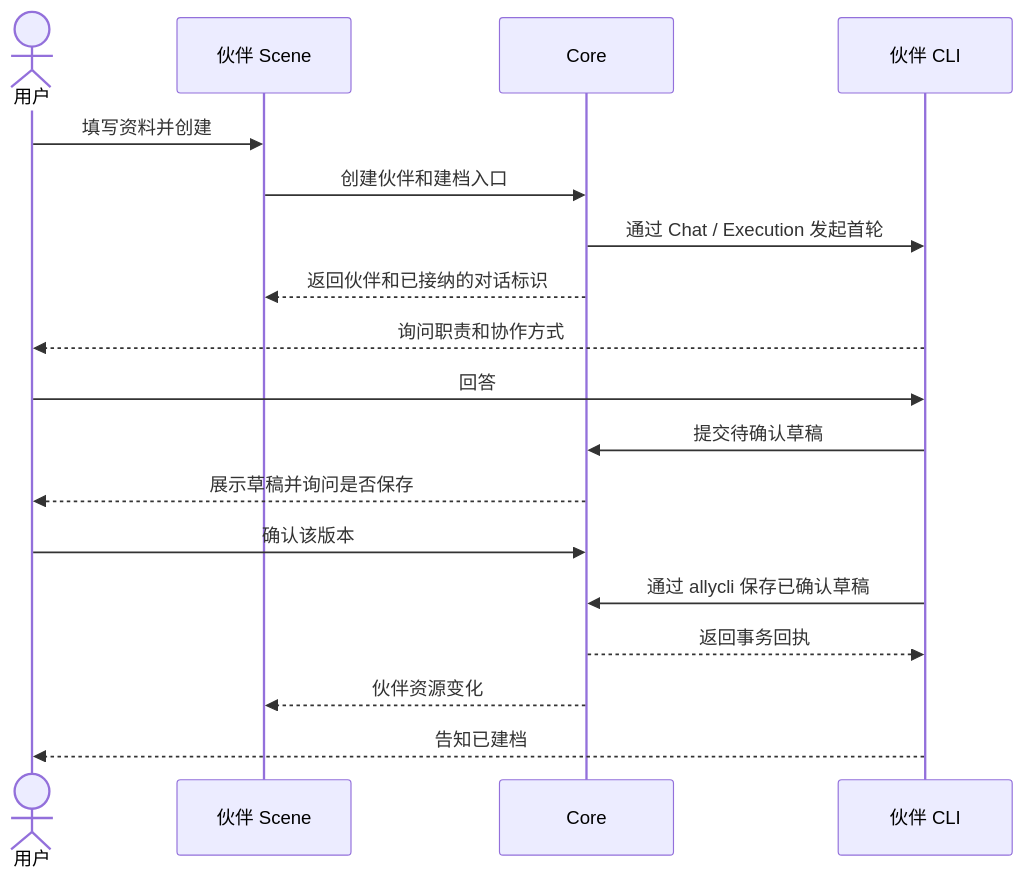
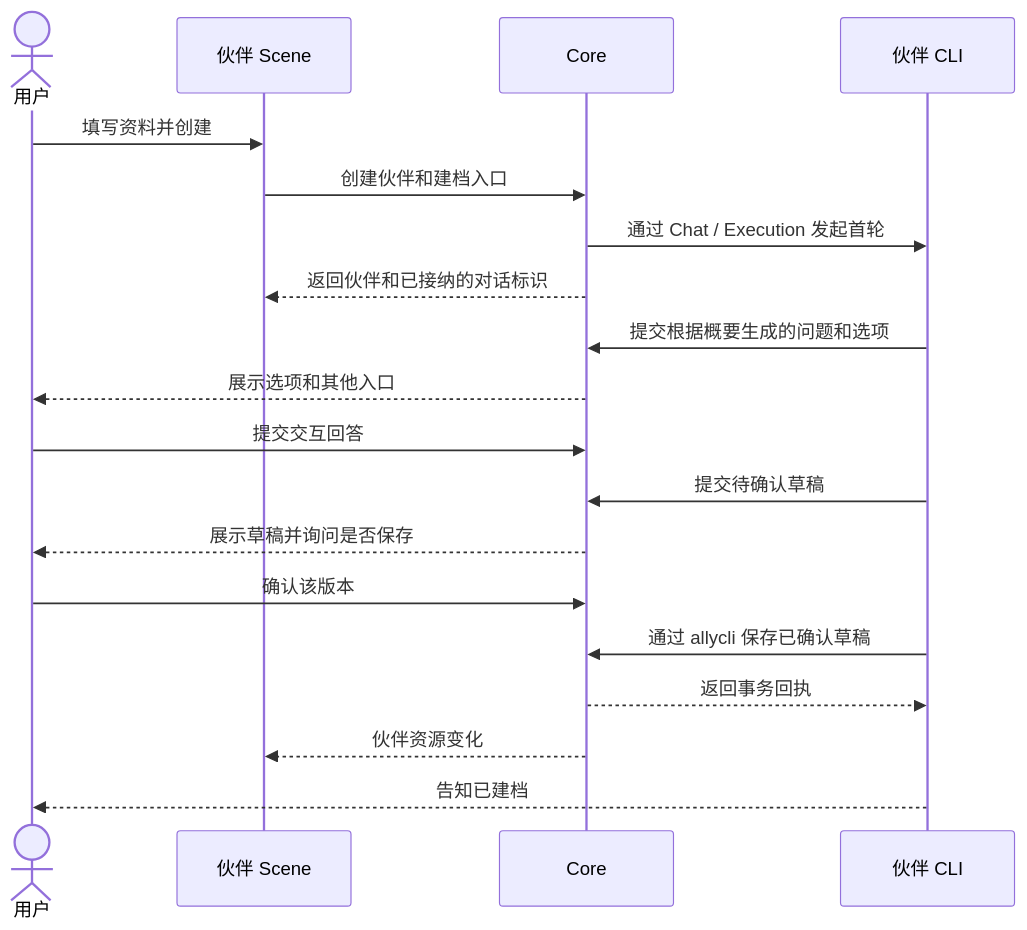
One commit to JieWaZi/NeuxBot changed the diagram in docs/superpowers/specs/2026-11-12-partner-onboarding-design.md. Above: the diagram before and after it, drawn with Mermaid. The commit also changed other lines of this file and 5 other files, not shown here.

````diff
--- a/docs/superpowers/specs/2026-11-12-partner-onboarding-design.md
+++ b/docs/superpowers/specs/2026-11-12-partner-onboarding-design.md
@@ -11,20 +13,21 @@
 ```mermaid
 sequenceDiagram
     actor User as 用户
     participant UI as 伙伴 Scene
     participant Core
     participant CLI as 伙伴 CLI
     User->>UI: 填写资料并创建
     UI->>Core: 创建伙伴和建档入口
     Core->>CLI: 通过 Chat / Execution 发起首轮
     Core-->>UI: 返回伙伴和已接纳的对话标识
-    CLI-->>User: 询问职责和协作方式
-    User->>CLI: 回答
+    CLI->>Core: 提交根据概要生成的问题和选项
+    Core-->>User: 展示选项和其他入口
+    User->>Core: 提交交互回答
     CLI->>Core: 提交待确认草稿
     Core-->>User: 展示草稿并询问是否保存
     User->>Core: 确认该版本
     CLI->>Core: 通过 allycli 保存已确认草稿
     Core-->>CLI: 返回事务回执
     Core-->>UI: 伙伴资源变化
     CLI-->>User: 告知已建档
 ```
````
